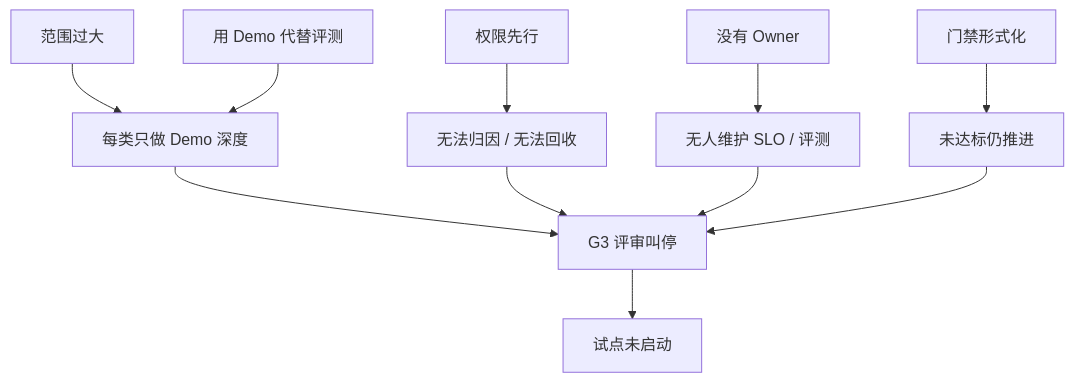
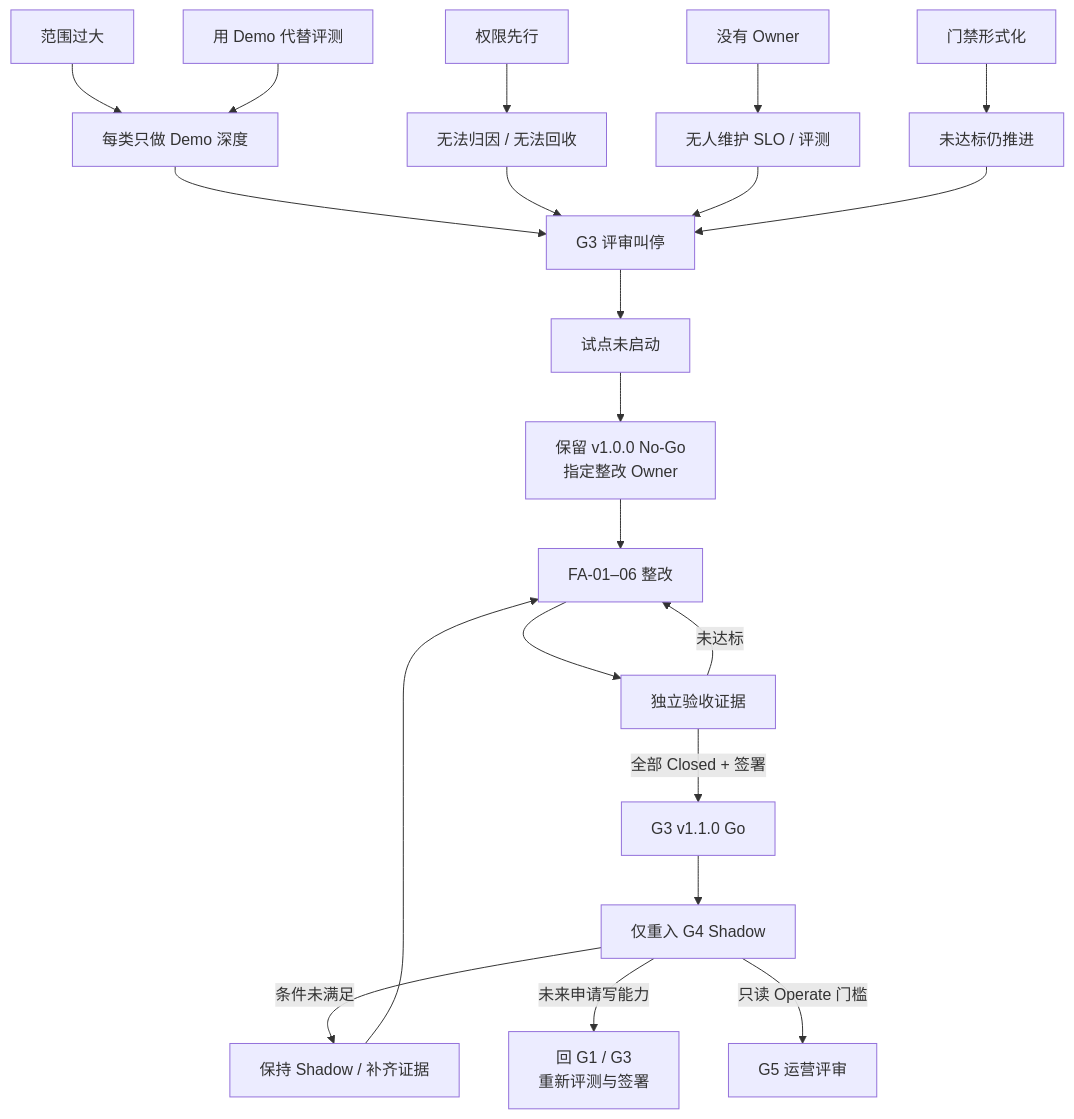
One commit to ai-guru-global/the-ops-agent-book changed the diagram in docs/appendix/case-failed-agent.md. Above: the diagram before and after it, drawn with Mermaid. The commit also changed other lines of this file and 42 other files, not shown here.

````diff
--- a/docs/appendix/case-failed-agent.md
+++ b/docs/appendix/case-failed-agent.md
@@ -165,13 +175,23 @@
 ```mermaid
 flowchart TD
   A[范围过大] --> B[每类只做 Demo 深度]
   C[用 Demo 代替评测] --> B
   D[权限先行] --> E[无法归因 / 无法回收]
   F[没有 Owner] --> G[无人维护 SLO / 评测]
   H[门禁形式化] --> I[未达标仍推进]
   B --> J[G3 评审叫停]
   E --> J
   G --> J
   I --> J
   J --> K[试点未启动]
+  K --> L[保留 v1.0.0 No-Go<br/>指定整改 Owner]
+  L --> M[FA-01–06 整改]
+  M --> N[独立验收证据]
+  N -->|未达标| M
+  N -->|全部 Closed + 签署| O[G3 v1.1.0 Go]
+  O --> P[仅重入 G4 Shadow]
+  P -->|条件未满足| Q[保持 Shadow / 补齐证据]
+  Q --> M
+  P -->|未来申请写能力| R[回 G1 / G3<br/>重新评测与签署]
+  P -->|只读 Operate 门槛| S[G5 运营评审]
 ```
````
